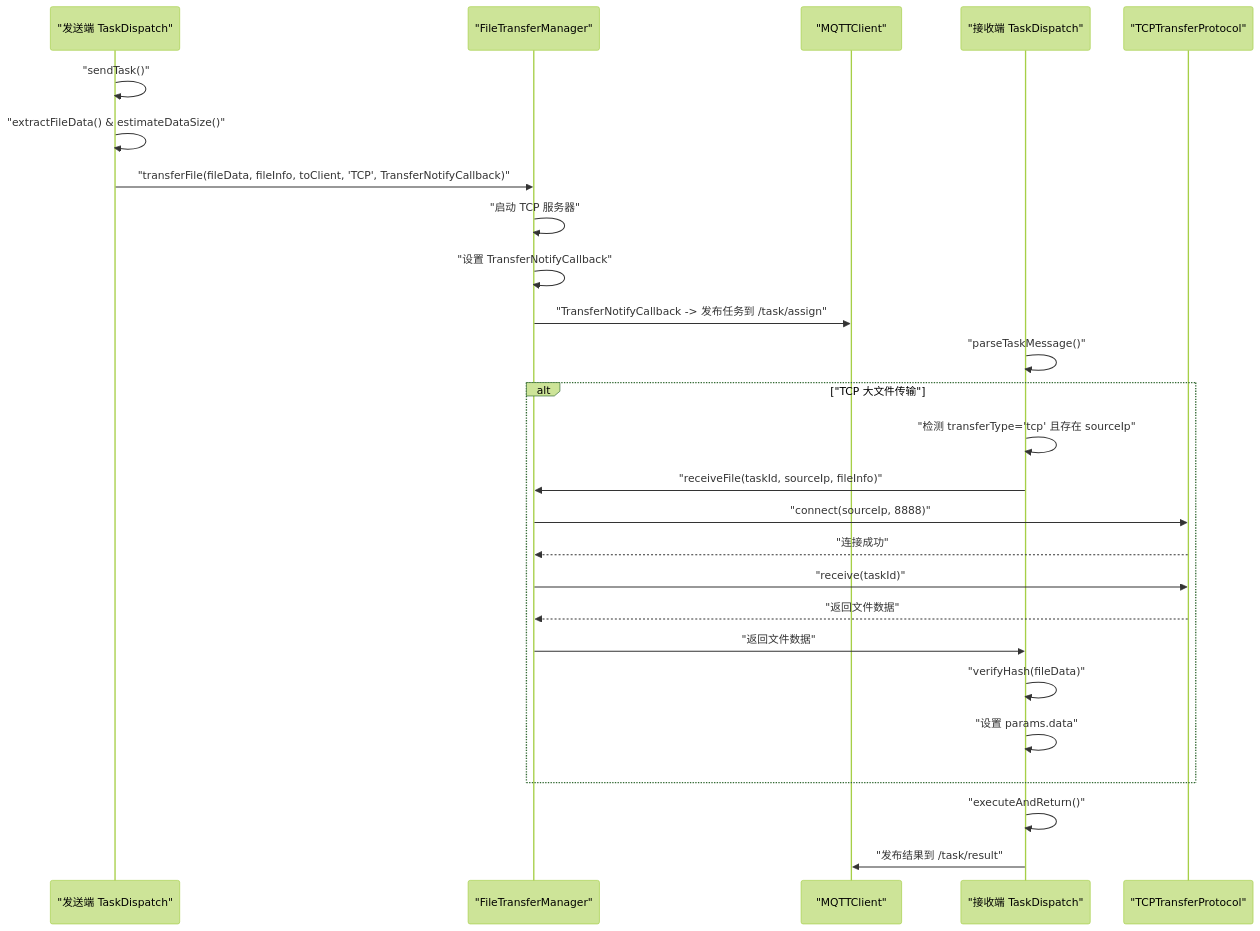
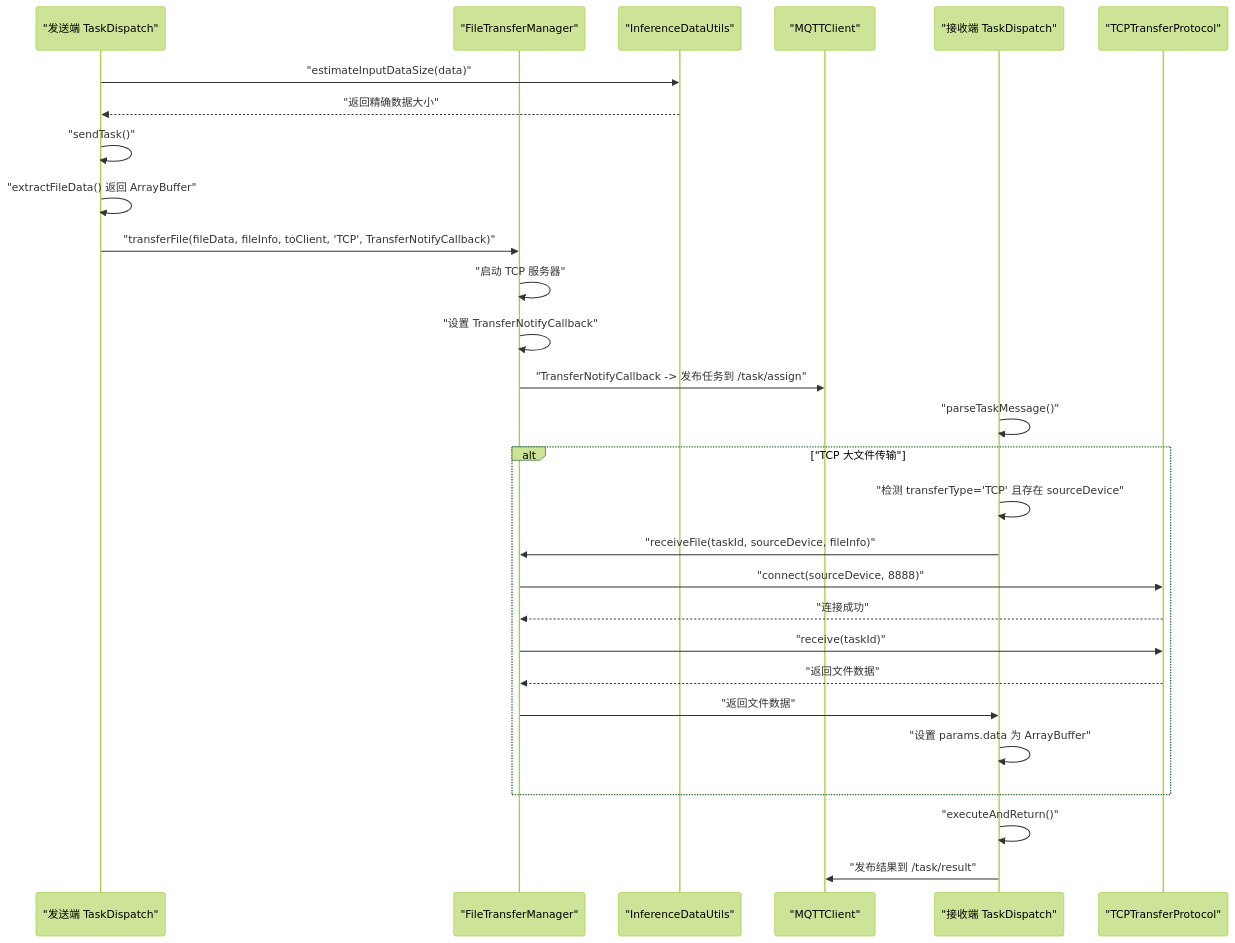
One commit to huo65/OH-Co3 changed the fifth of 9 diagrams in .qoder/repowiki/zh/content/任务调度系统/任务分发机制.md. Above: the diagram before and after it, drawn with Mermaid (forest theme). The commit also changed other lines of this file and 15 other files, not shown here.

````diff
--- a/.qoder/repowiki/zh/content/任务调度系统/任务分发机制.md
+++ b/.qoder/repowiki/zh/content/任务调度系统/任务分发机制.md
@@ -345,28 +382,30 @@
 ```mermaid
 sequenceDiagram
 participant Sender as "发送端 TaskDispatch"
 participant Manager as "FileTransferManager"
+participant DataUtils as "InferenceDataUtils"
 participant MQTT as "MQTTClient"
 participant Receiver as "接收端 TaskDispatch"
 participant TCP as "TCPTransferProtocol"
+Sender->>DataUtils : "estimateInputDataSize(data)"
+DataUtils-->>Sender : "返回精确数据大小"
 Sender->>Sender : "sendTask()"
-Sender->>Sender : "extractFileData() & estimateDataSize()"
+Sender->>Sender : "extractFileData() 返回 ArrayBuffer"
 Sender->>Manager : "transferFile(fileData, fileInfo, toClient, 'TCP', TransferNotifyCallback)"
 Manager->>Manager : "启动 TCP 服务器"
 Manager->>Manager : "设置 TransferNotifyCallback"
 Manager->>MQTT : "TransferNotifyCallback -> 发布任务到 /task/assign"
 Receiver->>Receiver : "parseTaskMessage()"
 alt "TCP 大文件传输"
-Receiver->>Receiver : "检测 transferType='tcp' 且存在 sourceIp"
-Receiver->>Manager : "receiveFile(taskId, sourceIp, fileInfo)"
-Manager->>TCP : "connect(sourceIp, 8888)"
+Receiver->>Receiver : "检测 transferType='TCP' 且存在 sourceDevice"
+Receiver->>Manager : "receiveFile(taskId, sourceDevice, fileInfo)"
+Manager->>TCP : "connect(sourceDevice, 8888)"
 TCP-->>Manager : "连接成功"
 Manager->>TCP : "receive(taskId)"
 TCP-->>Manager : "返回文件数据"
 Manager->>Receiver : "返回文件数据"
-Receiver->>Receiver : "verifyHash(fileData)"
-Receiver->>Receiver : "设置 params.data"
+Receiver->>Receiver : "设置 params.data 为 ArrayBuffer"
 end
 Receiver->>Receiver : "executeAndReturn()"
 Receiver->>MQTT : "发布结果到 /task/result"
 ```
````
